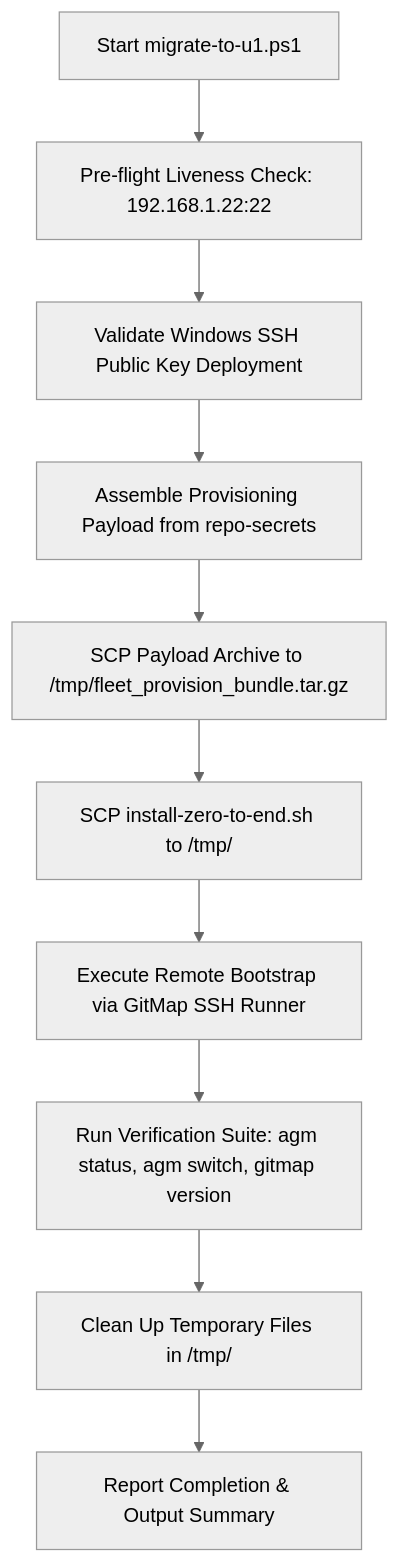
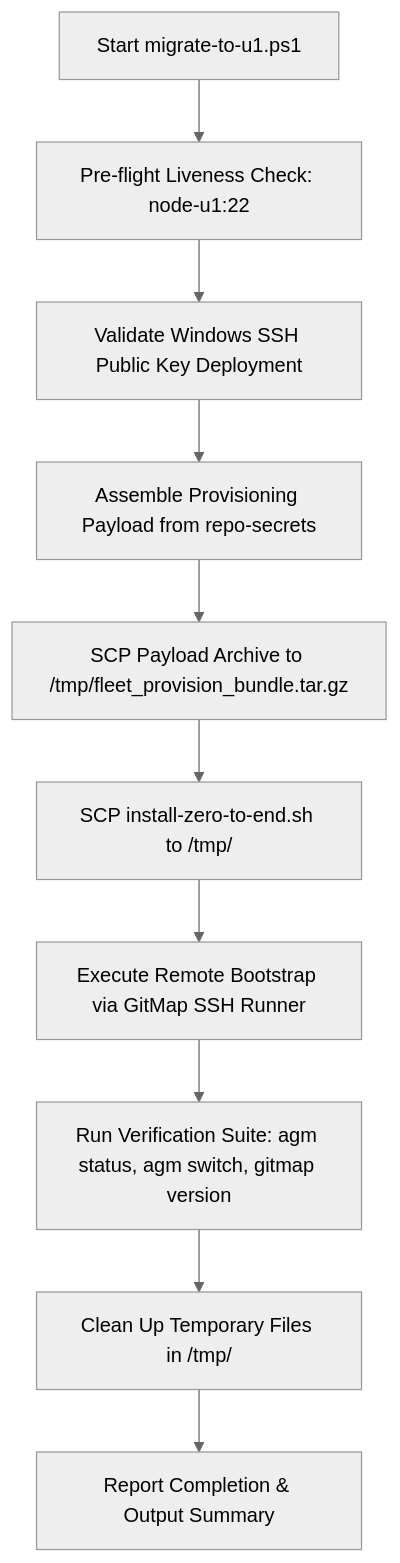
Before and after one commit to alimtvnetwork/gitmap-v28: the diagram in 02-spec/21-app/206-windows-to-ubuntu-fleet-migration-and-secrets-vault/01-architecture-spec.md, drawn with Mermaid (neutral theme). The commit also changed other lines of this file and 165 other files, not shown here.

````diff
--- a/02-spec/21-app/206-windows-to-ubuntu-fleet-migration-and-secrets-vault/01-architecture-spec.md
+++ b/02-spec/21-app/206-windows-to-ubuntu-fleet-migration-and-secrets-vault/01-architecture-spec.md
@@ -54,12 +54,12 @@
 ```mermaid
 flowchart TD
-    A[Start migrate-to-u1.ps1] --> B[Pre-flight Liveness Check: 192.168.1.22:22]
+    A[Start migrate-to-u1.ps1] --> B[Pre-flight Liveness Check: node-u1:22]
     B --> C[Validate Windows SSH Public Key Deployment]
     C --> D[Assemble Provisioning Payload from repo-secrets]
     D --> E[SCP Payload Archive to /tmp/fleet_provision_bundle.tar.gz]
     E --> F[SCP install-zero-to-end.sh to /tmp/]
     F --> G[Execute Remote Bootstrap via GitMap SSH Runner]
     G --> H[Run Verification Suite: agm status, agm switch, gitmap version]
     H --> I[Clean Up Temporary Files in /tmp/]
     I --> J[Report Completion & Output Summary]
 ```
````
